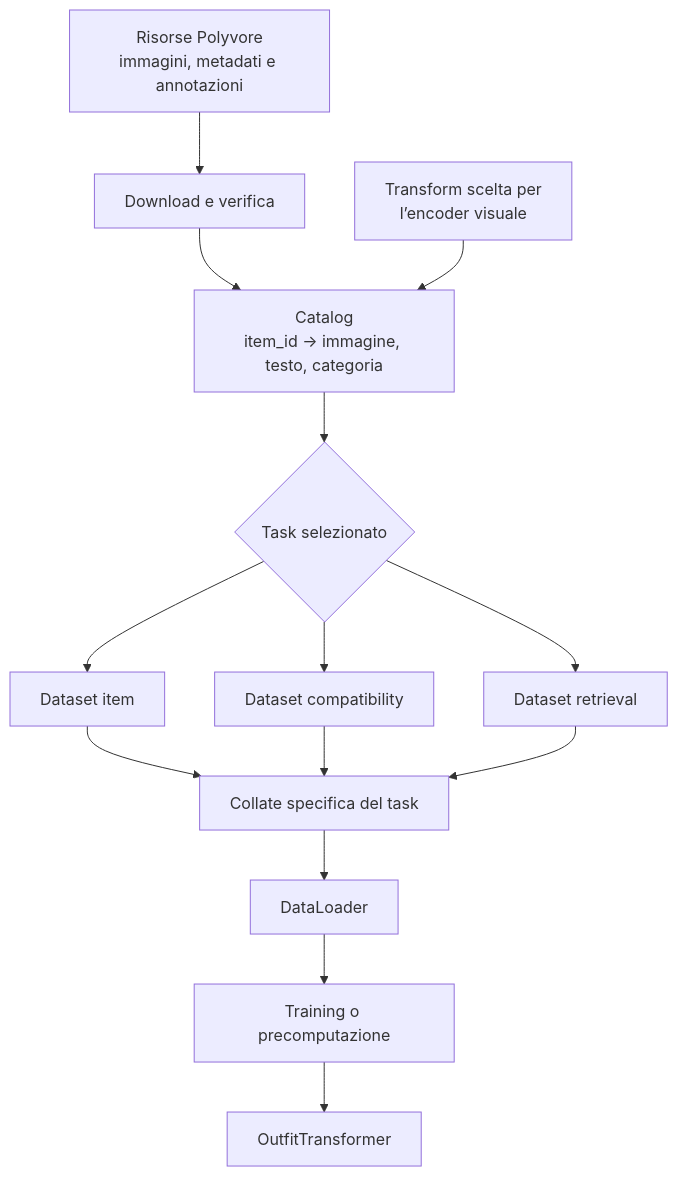
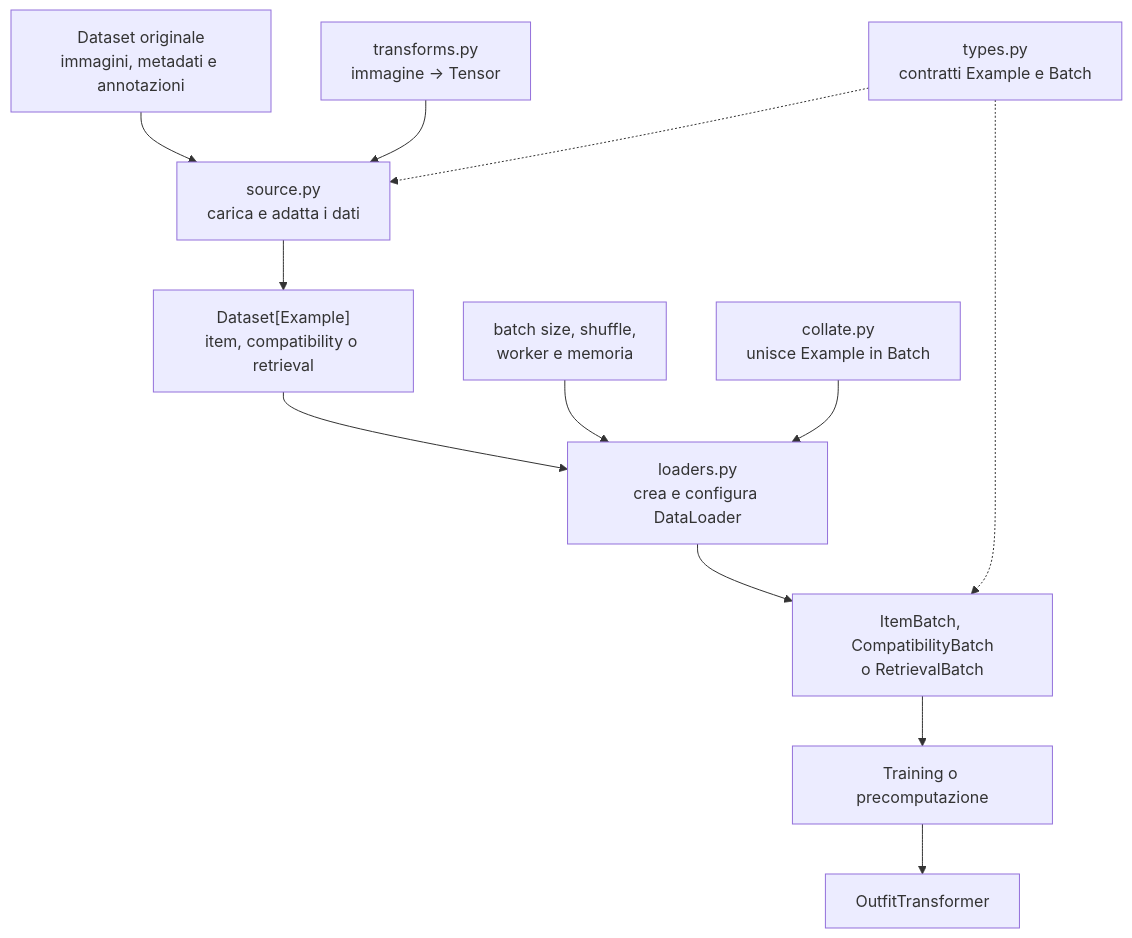
One commit to FlorindoDev/OutfitTransformer changed the diagram in data/README.md. Above: the diagram before and after it, drawn with Mermaid. The commit also changed other lines of this file and 21 other files, not shown here.

First line of the commit message:
refactor(data): add dataset source API

````diff
--- a/data/README.md
+++ b/data/README.md
@@ -29,30 +31,27 @@
 ```mermaid
 flowchart TD
-    SOURCE["Risorse Polyvore<br/>immagini, metadati e annotazioni"]
-    DOWNLOAD["Download e verifica"]
-    TRANSFORM["Transform scelta per<br/>l’encoder visuale"]
-    CATALOG["Catalog<br/>item_id → immagine, testo, categoria"]
-    TASK{"Task selezionato"}
-    ITEM["Dataset item"]
-    CP["Dataset compatibility"]
-    CIR["Dataset retrieval"]
-    COLLATE["Collate specifica del task"]
-    LOADER["DataLoader"]
+    RAW["Dataset originale<br/>immagini, metadati e annotazioni"]
+    TRANSFORM["transforms.py<br/>immagine → Tensor"]
+    TYPES["types.py<br/>contratti Example e Batch"]
+    SOURCE["source.py<br/>carica e adatta i dati"]
+    DATASET["Dataset[Example]<br/>item, compatibility o retrieval"]
+    LOADER["loaders.py<br/>crea e configura DataLoader"]
+    CONFIG["batch size, shuffle,<br/>worker e memoria"]
+    COLLATE["collate.py<br/>unisce Example in Batch"]
+    BATCH["ItemBatch, CompatibilityBatch<br/>o RetrievalBatch"]
     TRAINING["Training o precomputazione"]
     MODEL["OutfitTransformer"]
 
-    SOURCE --> DOWNLOAD
-    DOWNLOAD --> CATALOG
-    TRANSFORM --> CATALOG
-    CATALOG --> TASK
-    TASK --> ITEM
-    TASK --> CP
-    TASK --> CIR
-    ITEM --> COLLATE
-    CP --> COLLATE
-    CIR --> COLLATE
+    RAW --> SOURCE
+    TRANSFORM --> SOURCE
+    TYPES -.-> SOURCE
+    SOURCE --> DATASET
+    DATASET --> LOADER
+    CONFIG --> LOADER
     COLLATE --> LOADER
-    LOADER --> TRAINING
+    LOADER --> BATCH
+    TYPES -.-> BATCH
+    BATCH --> TRAINING
     TRAINING --> MODEL
 
 ```
````
